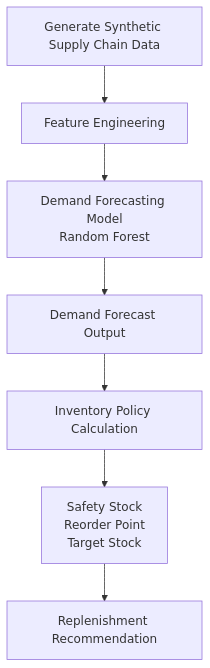
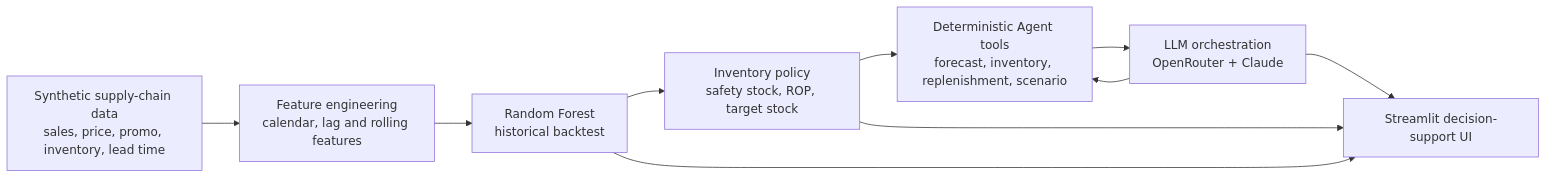
Before and after one commit to yiweixu9990-ui/AI-Driven-Demand-Forecasting-Inventory-Replenishment-Decision-Support-System: the diagram in README.md, drawn with Mermaid. The commit also changed other lines of this file, not shown here.

````diff
--- a/README.md
+++ b/README.md
@@ -61,26 +43,16 @@
 ```mermaid
-flowchart TD
+flowchart LR
+    A["Synthetic supply-chain data<br/>sales, price, promo, inventory, lead time"]
+    B["Feature engineering<br/>calendar, lag and rolling features"]
+    C["Random Forest<br/>historical backtest"]
+    D["Inventory policy<br/>safety stock, ROP, target stock"]
+    E["Deterministic Agent tools<br/>forecast, inventory, replenishment, scenario"]
+    F["LLM orchestration<br/>OpenRouter + Claude"]
+    G["Streamlit decision-support UI"]
 
-A[Generate Synthetic Supply Chain Data]
-
-B[Feature Engineering]
-
-C[Demand Forecasting Model<br>Random Forest]
-
-D[Demand Forecast Output]
-
-E[Inventory Policy Calculation]
-
-F[Safety Stock<br>Reorder Point<br>Target Stock]
-
-G[Replenishment Recommendation]
-
-A --> B
-B --> C
-C --> D
-D --> E
-E --> F
-F --> G
-
-
+    A --> B --> C --> D --> E
+    F --> E
+    E --> F --> G
+    C --> G
+    D --> G
 ```
````
